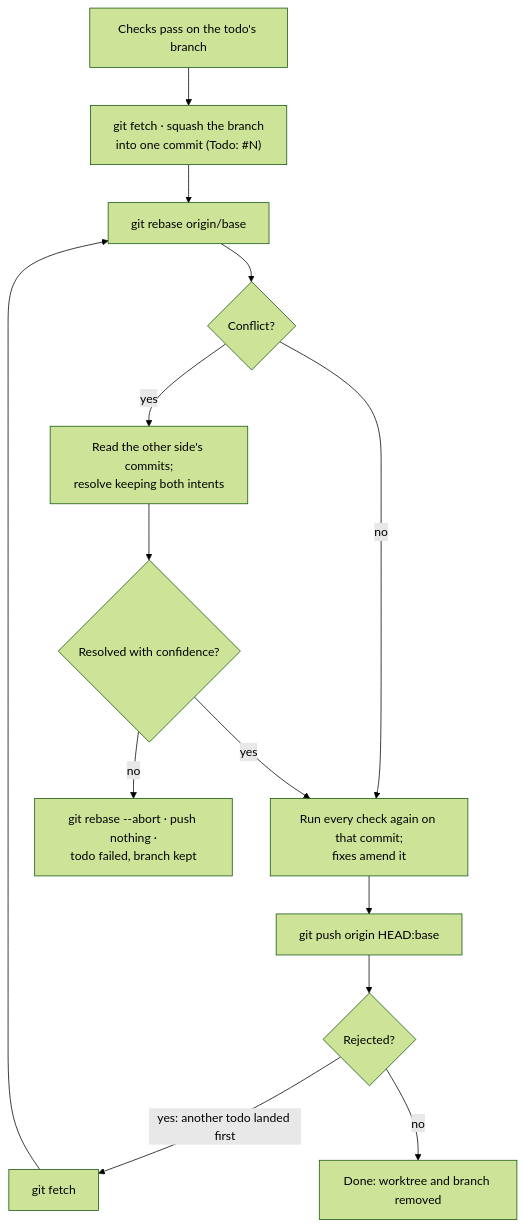
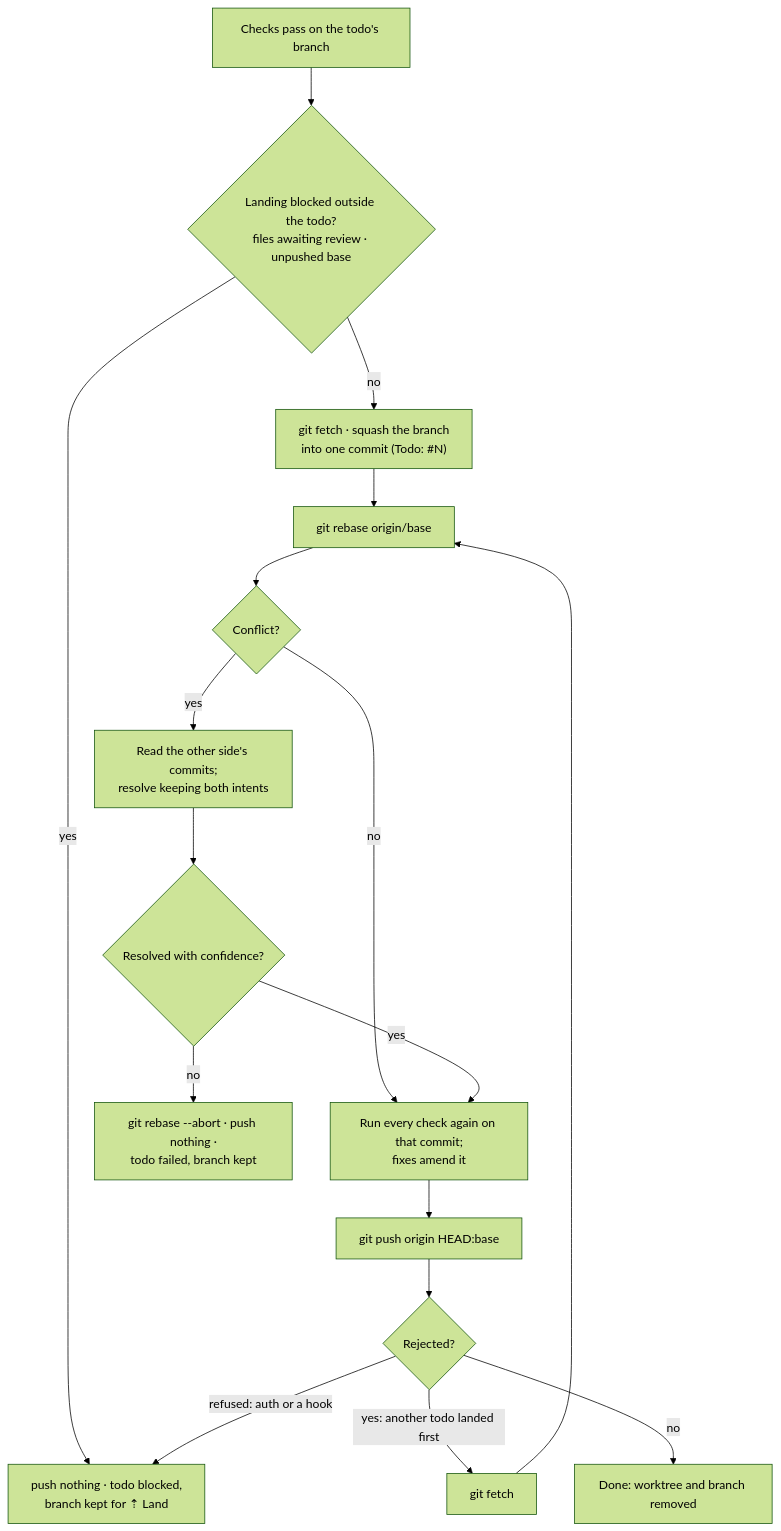
Before and after one commit to declanshanaghy/claude-todo: the seventh of 7 diagrams in docs/architecture.md, drawn with Mermaid (forest theme). The commit also changed other lines of this file and 15 other files, not shown here.

````diff
--- a/docs/architecture.md
+++ b/docs/architecture.md
@@ -220,15 +247,18 @@
 ```mermaid
 flowchart TD
-  C["Checks pass on the todo's branch"] --> S["git fetch · squash the branch<br/>into one commit (Todo: #N)"]
+  C["Checks pass on the todo's branch"] --> B{"Landing blocked outside the todo?<br/>files awaiting review · unpushed base"}
+  B -- yes --> BL["push nothing · todo blocked,<br/>branch kept for ⇡ Land"]
+  B -- no --> S["git fetch · squash the branch<br/>into one commit (Todo: #N)"]
   S --> F["git rebase origin/base"]
   F --> X{Conflict?}
   X -- no --> V["Run every check again on that commit;<br/>fixes amend it"]
   X -- yes --> R["Read the other side's commits;<br/>resolve keeping both intents"]
   R --> OK{Resolved with confidence?}
   OK -- yes --> V
   OK -- no --> A["git rebase --abort · push nothing ·<br/>todo failed, branch kept"]
   V --> P["git push origin HEAD:base"]
   P --> J{Rejected?}
   J -- "yes: another todo landed first" --> G["git fetch"] --> F
+  J -- "refused: auth or a hook" --> BL
   J -- no --> D["Done: worktree and branch removed"]
 ```
````
